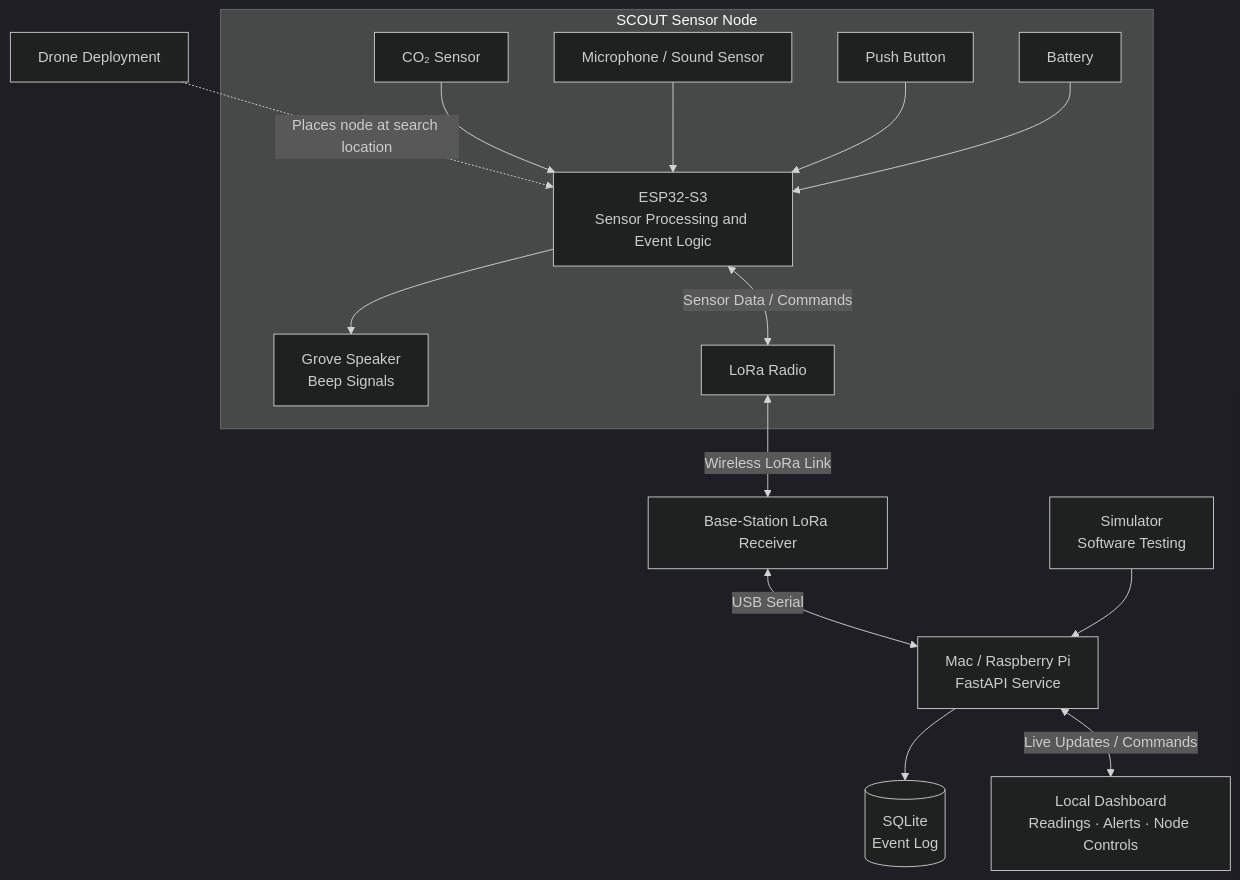
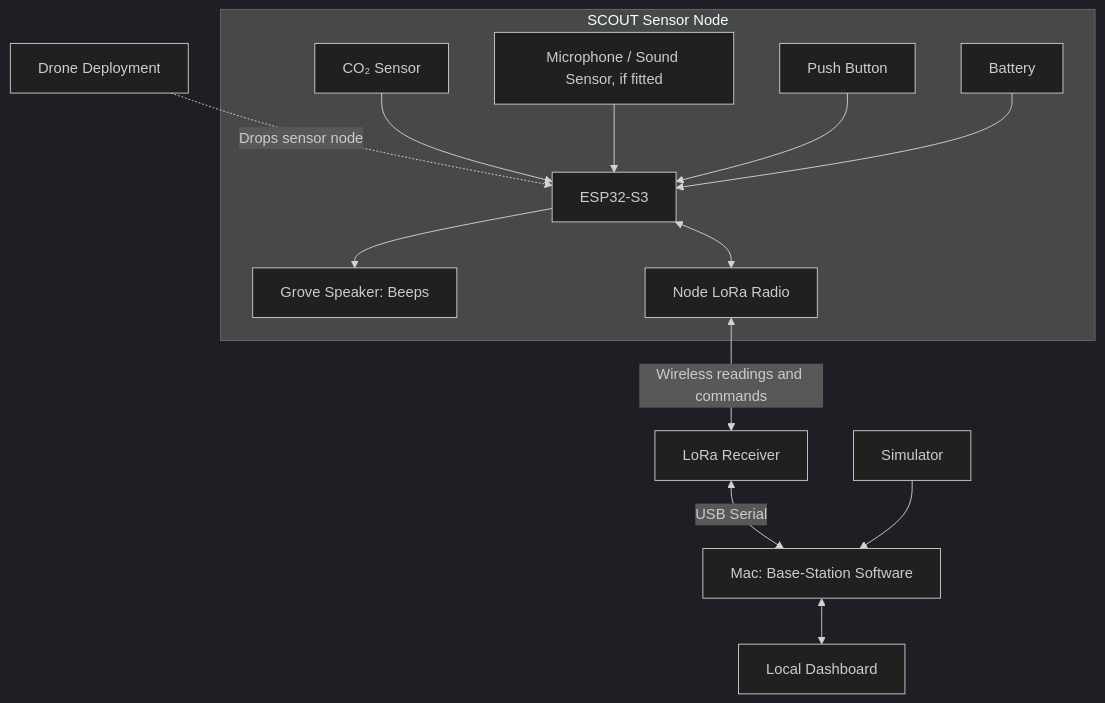
The diagram in README.md (CodeMetalForge-Hackathon/Team-24-SCOUT), drawn with Mermaid (dark theme) before and after one commit. The commit also changed other lines of this file, not shown here.

Commit message:
Revise system block diagram and descriptions
Updated the system block diagram in README.md to clarify sensor connections and deployment descriptions.

````diff
--- a/README.md
+++ b/README.md
@@ -28,20 +28,18 @@
 ```mermaid
 flowchart TD
-    DRONE["Drone Deployment"] -.->|"Places node at search location"| ESP
+    DRONE["Drone Deployment"] -.->|"Drops sensor node"| ESP
 
     subgraph NODE["SCOUT Sensor Node"]
-        CO2["CO₂ Sensor"] --> ESP["ESP32-S3<br>Sensor Processing and Event Logic"]
-        MIC["Microphone / Sound Sensor"] --> ESP
+        CO2["CO₂ Sensor"] --> ESP["ESP32-S3"]
+        MIC["Microphone / Sound Sensor, if fitted"] --> ESP
         BTN["Push Button"] --> ESP
-        ESP --> SPK["Grove Speaker<br>Beep Signals"]
+        ESP --> SPK["Grove Speaker: Beeps"]
         BAT["Battery"] --> ESP
-        ESP <-->|"Sensor Data / Commands"| RADIO["LoRa Radio"]
+        ESP <--> RADIO["Node LoRa Radio"]
     end
 
-    RADIO <-->|"Wireless LoRa Link"| RX["Base-Station LoRa Receiver"]
-    RX <-->|"USB Serial"| SERVER["Mac / Raspberry Pi<br>FastAPI Service"]
-
-    SIM["Simulator<br>Software Testing"] --> SERVER
-    SERVER --> DB[("SQLite<br>Event Log")]
-    SERVER <-->|"Live Updates / Commands"| UI["Local Dashboard<br>Readings · Alerts · Node Controls"]
+    RADIO <-->|"Wireless readings and commands"| RX["LoRa Receiver"]
+    RX <-->|"USB Serial"| MAC["Mac: Base-Station Software"]
+    MAC <--> UI["Local Dashboard"]
+    SIM["Simulator"] --> MAC
 ```
````
